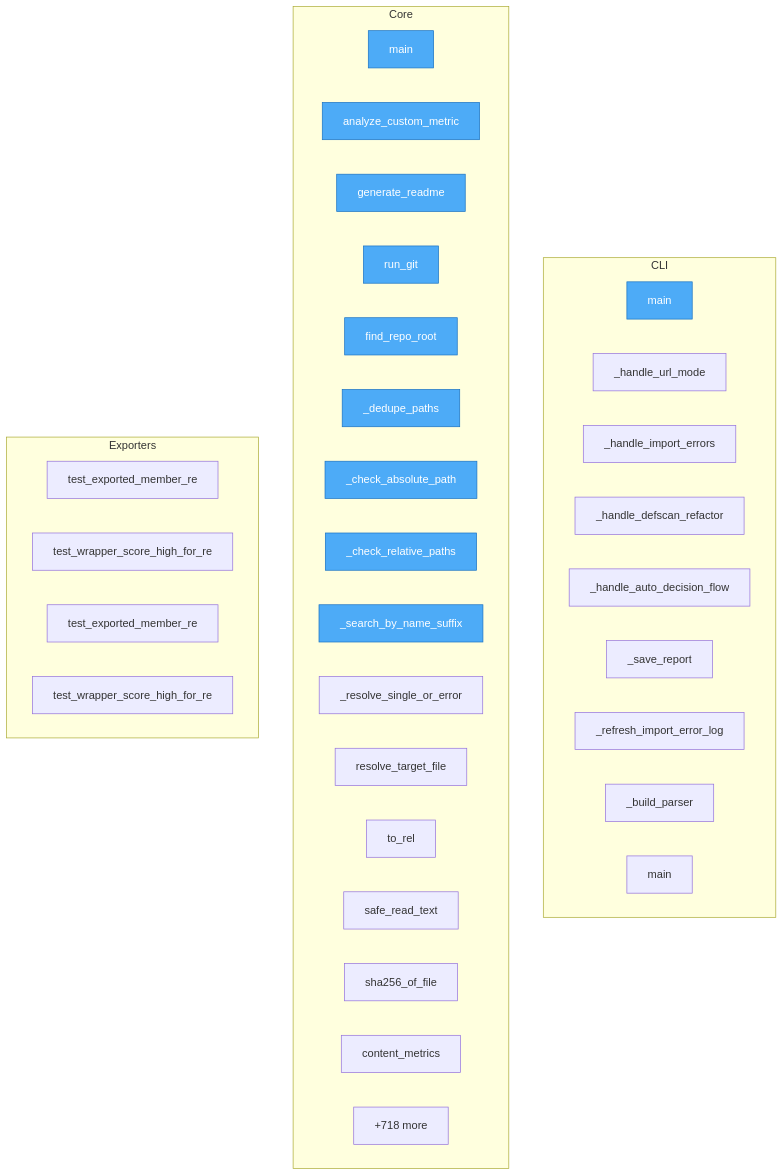
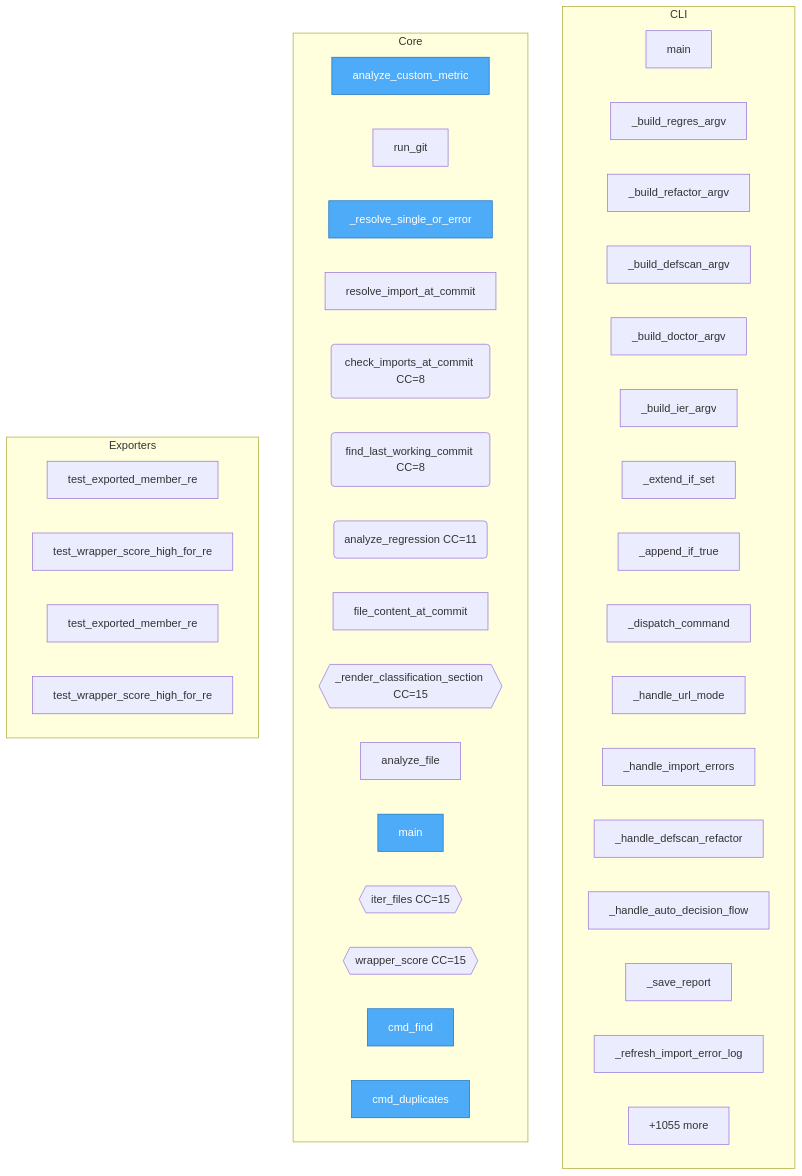
The diagram in project/flow.mmd (semcod/regres), drawn with Mermaid before and after one commit. The commit also changed 19 other files, not shown here.

```diff
--- a/project/flow.mmd
+++ b/project/flow.mmd
@@ -1,44 +1,51 @@
 flowchart TD
 
     %% Entry points (blue)
     classDef entry fill:#4dabf7,stroke:#1971c2,color:#fff
 
     subgraph CLI
         regres__regres_cli__main["main"]
+        regres__regres_cli___build_regres_argv["_build_regres_argv"]
+        regres__regres_cli___build_refactor_argv["_build_refactor_argv"]
+        regres__regres_cli___build_defscan_argv["_build_defscan_argv"]
+        regres__regres_cli___build_doctor_argv["_build_doctor_argv"]
+        regres__regres_cli___build_ier_argv["_build_ier_argv"]
+        regres__regres_cli___extend_if_set["_extend_if_set"]
+        regres__regres_cli___append_if_true["_append_if_true"]
+        regres__regres_cli___dispatch_command["_dispatch_command"]
         regres__doctor_cli___handle_url_mode["_handle_url_mode"]
         regres__doctor_cli___handle_import_errors["_handle_import_errors"]
         regres__doctor_cli___handle_defscan_refactor["_handle_defscan_refactor"]
         regres__doctor_cli___handle_auto_decision_flow["_handle_auto_decision_flow"]
         regres__doctor_cli___save_report["_save_report"]
         regres__doctor_cli___refresh_import_error_log["_refresh_import_error_log"]
-        regres__doctor_cli___build_parser["_build_parser"]
-        regres__doctor_cli__main["main"]
+        ...["+2 more"]
     end
 
     subgraph Core
-        regres__import_error_toon_report__main["main"]
         docs__DOCTOR__analyze_custom_metric["analyze_custom_metric"]
-        docs__README__generate_readme["generate_readme"]
-        SUMR__run_git["run_git"]
-        SUMR__find_repo_root["find_repo_root"]
-        SUMR___dedupe_paths["_dedupe_paths"]
-        SUMR___check_absolute_path["_check_absolute_path"]
-        SUMR___check_relative_paths["_check_relative_paths"]
-        SUMR___search_by_name_suffix["_search_by_name_suffix"]
-        SUMR___resolve_single_or_error["_resolve_single_or_error"]
-        SUMR__resolve_target_file["resolve_target_file"]
-        SUMR__to_rel["to_rel"]
-        SUMR__safe_read_text["safe_read_text"]
-        SUMR__sha256_of_file["sha256_of_file"]
-        SUMR__content_metrics["content_metrics"]
-        ...["+718 more"]
+        regres__regres__run_git["run_git"]
+        regres__regres___resolve_single_or_error["_resolve_single_or_error"]
+        regres__regres__resolve_import_at_commit["resolve_import_at_commit"]
+        regres__regres__check_imports_at_commit("check_imports_at_commit CC=8")
+        regres__regres__find_last_working_commit("find_last_working_commit CC=8")
+        regres__regres__analyze_regression("analyze_regression CC=11")
+        regres__regres__file_content_at_commit["file_content_at_commit"]
+        regres__regres___render_classification_section{{_render_classification_section CC=15}}
+        regres__regres__analyze_file["analyze_file"]
+        regres__regres__main["main"]
+        regres__refactor__iter_files{{iter_files CC=15}}
+        regres__refactor__wrapper_score{{wrapper_score CC=15}}
+        regres__refactor__cmd_find["cmd_find"]
+        regres__refactor__cmd_duplicates["cmd_duplicates"]
+        ...["+1055 more"]
     end
 
     subgraph Exporters
         SUMD__test_exported_member_re["test_exported_member_re"]
         SUMD__test_wrapper_score_high_for_reexport["test_wrapper_score_high_for_re"]
         project__map__toon__test_exported_member_re["test_exported_member_re"]
         project__map__toon__test_wrapper_score_high_for_reexport["test_wrapper_score_high_for_re"]
     end
 
-    class regres__import_error_toon_report__main,regres__regres_cli__main,docs__DOCTOR__analyze_custom_metric,docs__README__generate_readme,SUMR__run_git,SUMR__find_repo_root,SUMR___dedupe_paths,SUMR___check_absolute_path,SUMR___check_relative_paths,SUMR___search_by_name_suffix entry
+    class docs__DOCTOR__analyze_custom_metric,regres__regres___resolve_single_or_error,regres__regres__main,regres__refactor__cmd_find,regres__refactor__cmd_duplicates,regres__refactor__cmd_similar,regres__refactor__cmd_symbols,regres__refactor__cmd_wrappers,regres__refactor__cmd_dead,regres__refactor__cmd_diff entry
```
